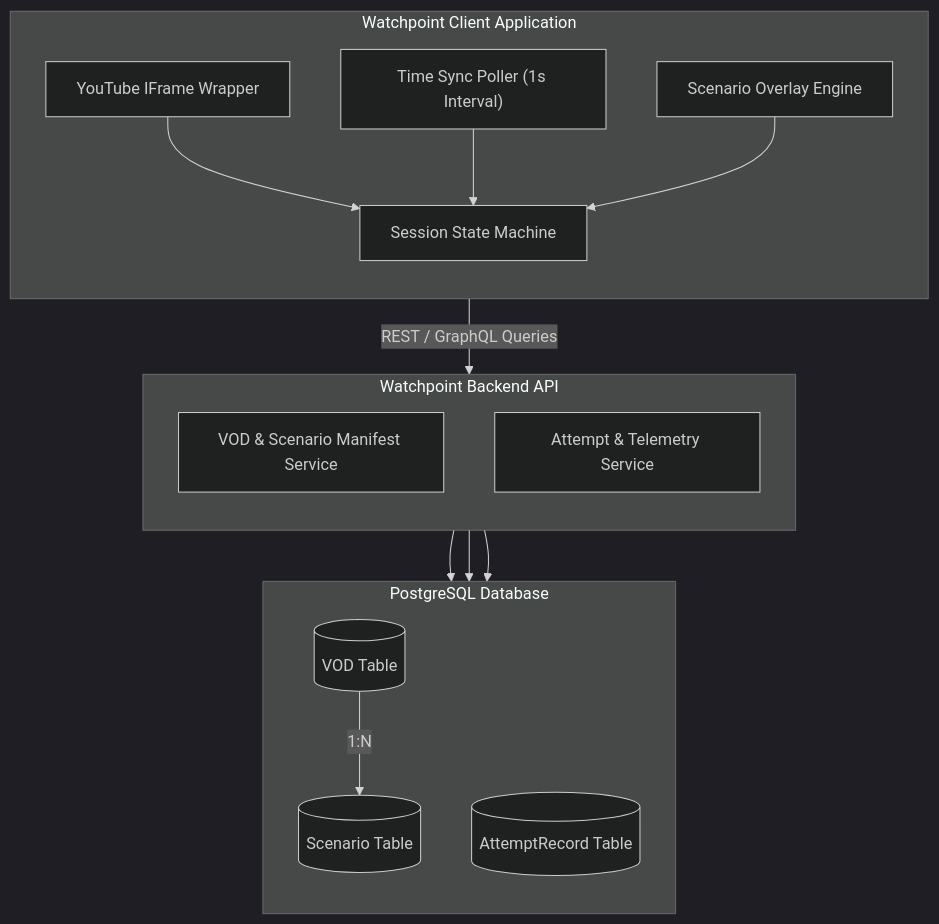
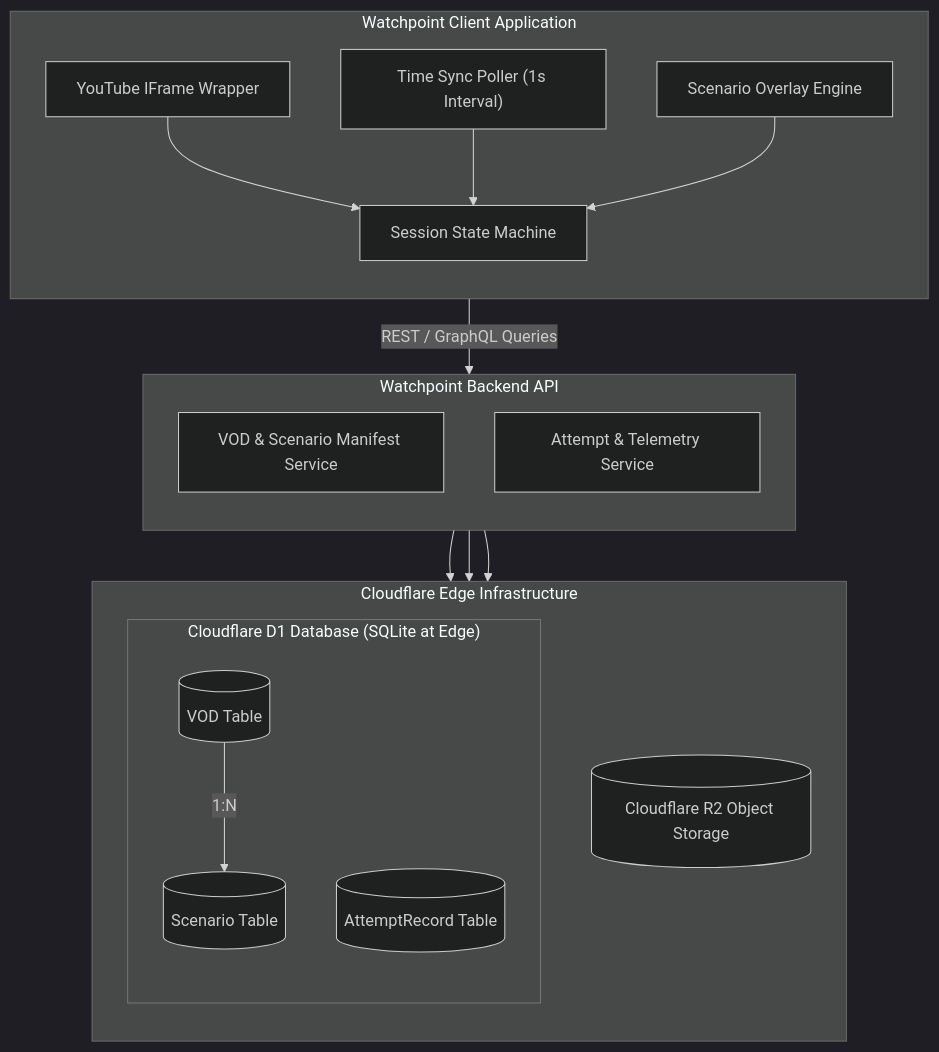
The first of 4 diagrams in docs/architecture/system-architecture.md (jackmaders/watchpoint), drawn with Mermaid (dark theme) before and after one commit. The commit also changed 4 other files, not shown here.

Commit message:
chore: migrate infrastructure to native Cloudflare deployment using Workers, D1, and R2

````diff
--- a/docs/architecture/system-architecture.md
+++ b/docs/architecture/system-architecture.md
@@ -23,33 +23,37 @@
 ```mermaid
 flowchart TB
     subgraph Client ["Watchpoint Client Application"]
         direction TB
         YT["YouTube IFrame Wrapper"]
         SyncPoller["Time Sync Poller (1s Interval)"]
         OverlayEngine["Scenario Overlay Engine"]
         StateMachine["Session State Machine"]
         
         YT --> StateMachine
         SyncPoller --> StateMachine
         OverlayEngine --> StateMachine
     end
 
     subgraph Backend ["Watchpoint Backend API"]
         direction TB
         ManifestService["VOD & Scenario Manifest Service"]
         TelemetryService["Attempt & Telemetry Service"]
     end
 
-    subgraph Database ["PostgreSQL Database"]
+    subgraph Storage ["Cloudflare Edge Infrastructure"]
         direction TB
-        VODTable[("VOD Table")]
-        ScenarioTable[("Scenario Table")]
-        AttemptTable[("AttemptRecord Table")]
+        subgraph Database ["Cloudflare D1 Database (SQLite at Edge)"]
+            direction TB
+            VODTable[("VOD Table")]
+            ScenarioTable[("Scenario Table")]
+            AttemptTable[("AttemptRecord Table")]
+        end
+        R2Bucket[("Cloudflare R2 Object Storage")]
     end
 
     Client -- REST / GraphQL Queries --> Backend
     ManifestService --> VODTable
     ManifestService --> ScenarioTable
     TelemetryService --> AttemptTable
     VODTable -- "1:N" --> ScenarioTable
 ```
````
